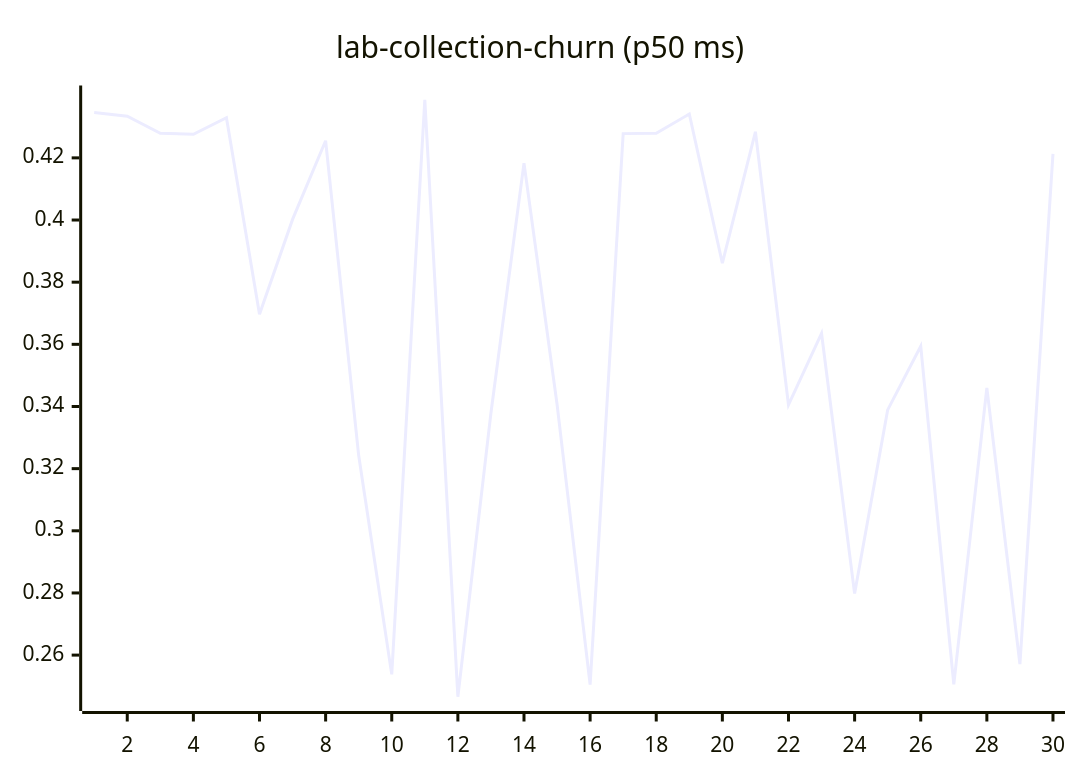
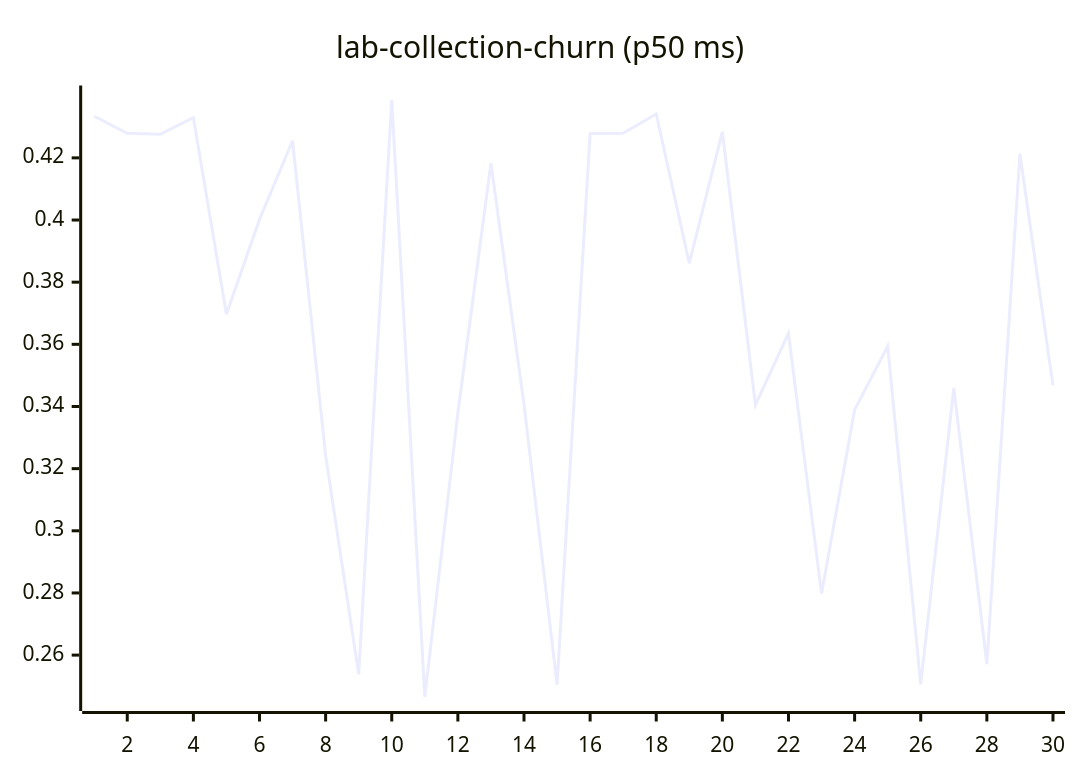
Before and after one commit to josha/Facet: diagram 11 of 27 in README.md, drawn with Mermaid. The commit also changed other lines of this file and 2 other files, not shown here.

````diff
--- a/README.md
+++ b/README.md
@@ -133,6 +133,6 @@
 ```mermaid
 xychart-beta
     title "lab-collection-churn (p50 ms)"
     x-axis 1 --> 30
-    line [0.4346, 0.4334, 0.4279, 0.4276, 0.4329, 0.3697, 0.4002, 0.4255, 0.3242, 0.2538, 0.4387, 0.2466, 0.3379, 0.4183, 0.3407, 0.2505, 0.4278, 0.4279, 0.4341, 0.3861, 0.4284, 0.3405, 0.3635, 0.2798, 0.3389, 0.3594, 0.2506, 0.3460, 0.2571, 0.4213]
+    line [0.4334, 0.4279, 0.4276, 0.4329, 0.3697, 0.4002, 0.4255, 0.3242, 0.2538, 0.4387, 0.2466, 0.3379, 0.4183, 0.3407, 0.2505, 0.4278, 0.4279, 0.4341, 0.3861, 0.4284, 0.3405, 0.3635, 0.2798, 0.3389, 0.3594, 0.2506, 0.3460, 0.2571, 0.4213, 0.3468]
 ```
````
